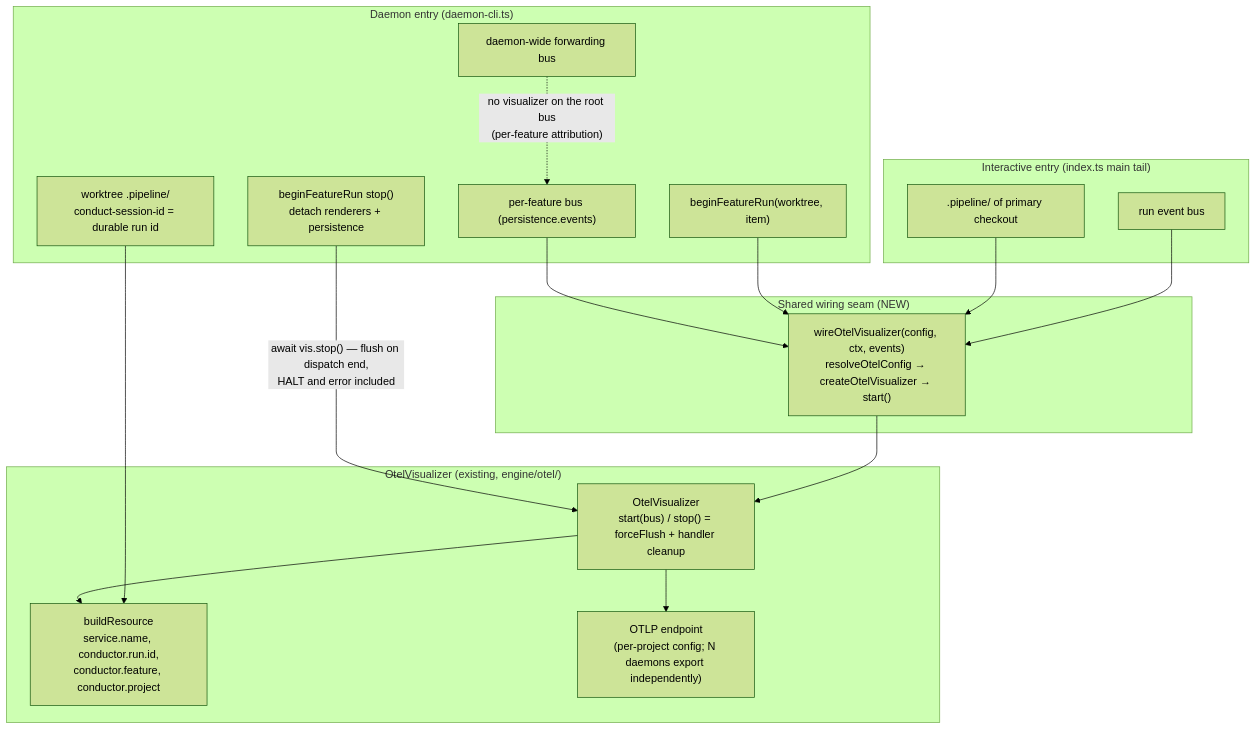
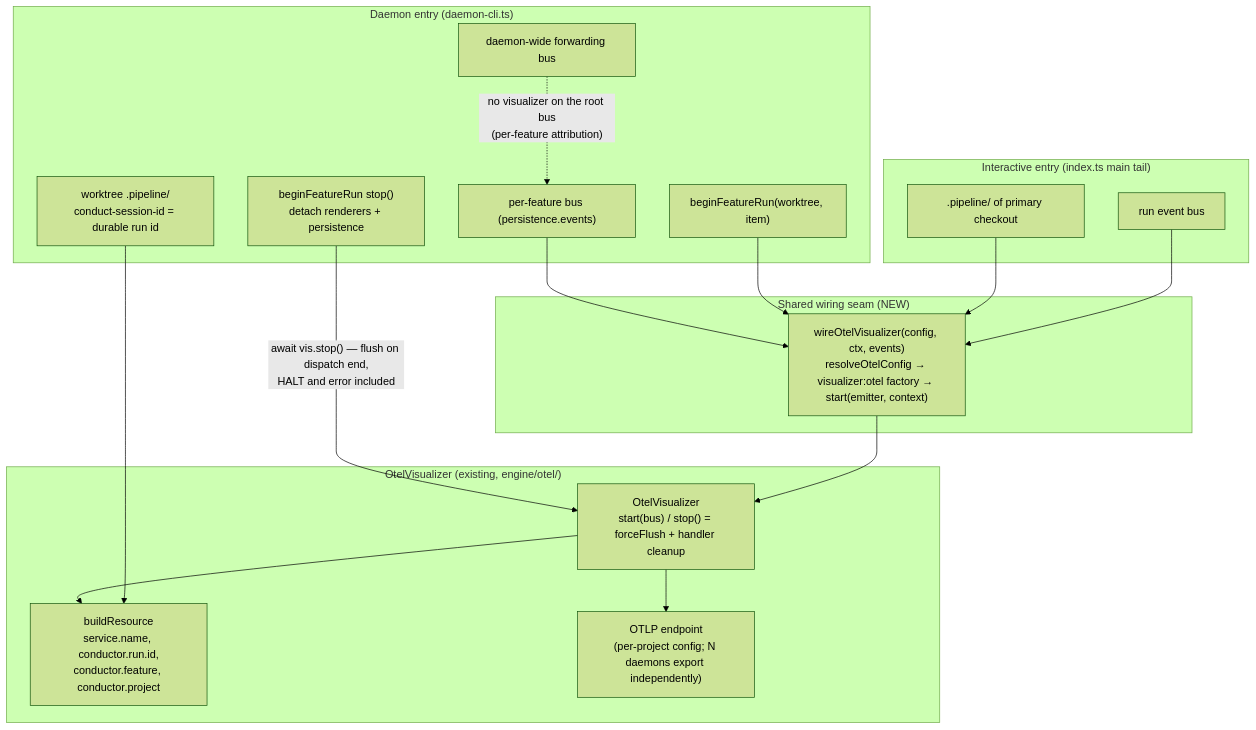
One commit to jstoup111/ai-conductor changed the diagram in .docs/architecture/daemon-dispatched-builds-emit-no-otel-telemetry-th.md. Above: the diagram before and after it, drawn with Mermaid (forest theme). The commit also changed 3 other files, not shown here.

````diff
--- a/.docs/architecture/daemon-dispatched-builds-emit-no-otel-telemetry-th.md
+++ b/.docs/architecture/daemon-dispatched-builds-emit-no-otel-telemetry-th.md
@@ -10,36 +10,36 @@
 ```mermaid
 graph TD
     subgraph seam["Shared wiring seam (NEW)"]
-        wire["wireOtelVisualizer(config, ctx, events)<br/>resolveOtelConfig → createOtelVisualizer → start()"]
+        wire["wireOtelVisualizer(config, ctx, events)<br/>resolveOtelConfig → visualizer:otel factory → start(emitter, context)"]
     end
 
     subgraph interactive["Interactive entry (index.ts main tail)"]
         ibus["run event bus"]
         ipipe[".pipeline/ of primary checkout"]
     end
 
     subgraph daemon["Daemon entry (daemon-cli.ts)"]
         root["daemon-wide forwarding bus"]
         bfr["beginFeatureRun(worktree, item)"]
         fbus["per-feature bus (persistence.events)"]
         fpipe["worktree .pipeline/<br/>conduct-session-id = durable run id"]
         stop["beginFeatureRun stop()<br/>detach renderers + persistence"]
     end
 
     subgraph otel["OtelVisualizer (existing, engine/otel/)"]
         vis["OtelVisualizer<br/>start(bus) / stop() = forceFlush + handler cleanup"]
         res["buildResource<br/>service.name, conductor.run.id,<br/>conductor.feature, conductor.project"]
         otlp["OTLP endpoint<br/>(per-project config; N daemons export independently)"]
     end
 
     ibus --> wire
     ipipe --> wire
     bfr --> wire
     fbus --> wire
     fpipe --> res
     wire --> vis
     vis --> res
     vis --> otlp
     stop -->|"await vis.stop() — flush on dispatch end,<br/>HALT and error included"| vis
     root -.->|"no visualizer on the root bus<br/>(per-feature attribution)"| fbus
 ```
````
